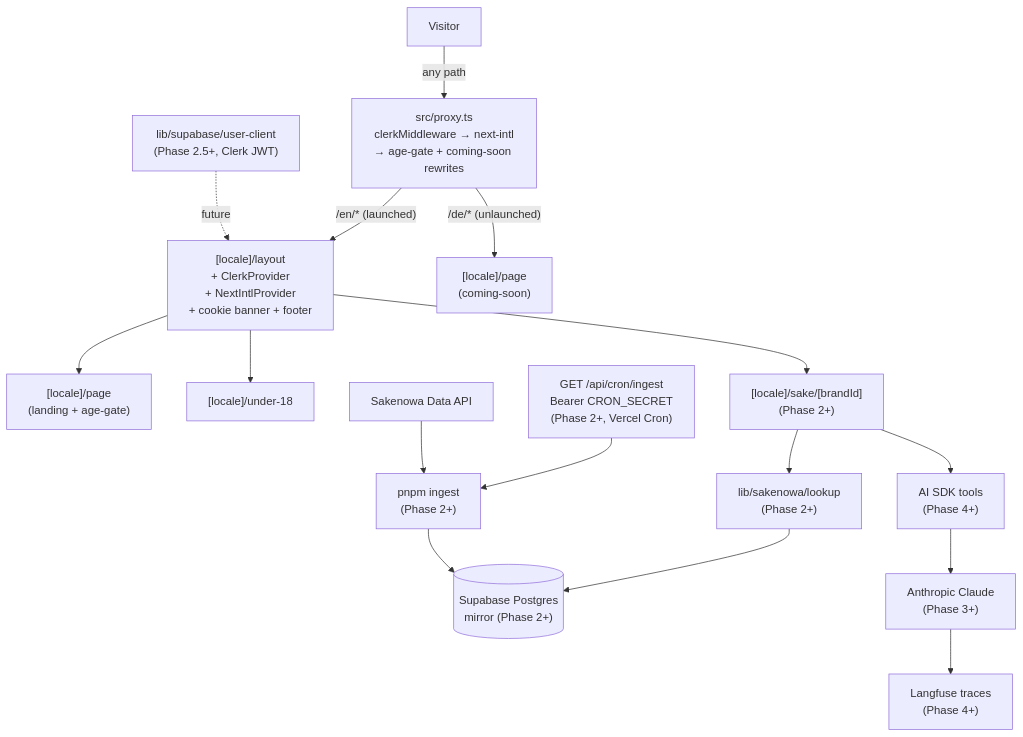
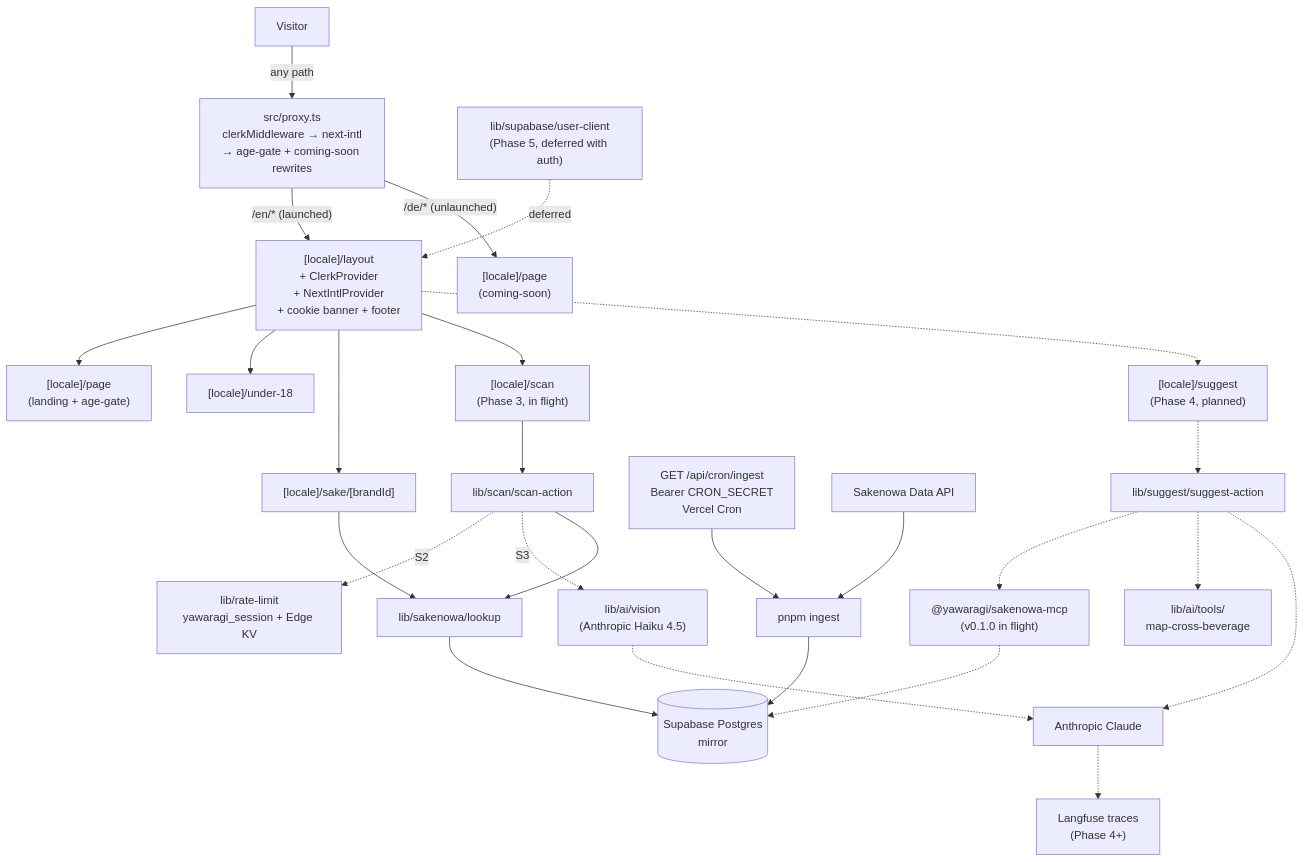
The diagram in README.md (yawaragi-dev/yawaragi), drawn with Mermaid before and after one commit. The commit also changed other lines of this file and 3 other files, not shown here.

First line of the commit message:
chore(readme): Phase 2 closeout — refresh architecture diagram + M3 reorder

````diff
--- a/README.md
+++ b/README.md
@@ -37,18 +37,28 @@
 ```mermaid
 flowchart TD
   V[Visitor] -->|"any path"| P["src/proxy.ts<br/>clerkMiddleware → next-intl<br/>→ age-gate + coming-soon rewrites"]
   P -->|"/en/* (launched)"| LL["[locale]/layout<br/>+ ClerkProvider<br/>+ NextIntlProvider<br/>+ cookie banner + footer"]
-  UC["lib/supabase/user-client<br/>(Phase 2.5+, Clerk JWT)"] -.->|"future"| LL
   P -->|"/de/* (unlaunched)"| CS["[locale]/page<br/>(coming-soon)"]
   LL --> Landing["[locale]/page<br/>(landing + age-gate)"]
   LL --> Under18["[locale]/under-18"]
-  LL --> Sake["[locale]/sake/[brandId]<br/>(Phase 2+)"]
-  Sake --> Lookup["lib/sakenowa/lookup<br/>(Phase 2+)"]
-  Lookup --> DB[("Supabase Postgres<br/>mirror (Phase 2+)")]
-  Ingest["pnpm ingest<br/>(Phase 2+)"] --> DB
-  CronRoute["GET /api/cron/ingest<br/>Bearer CRON_SECRET<br/>(Phase 2+, Vercel Cron)"] --> Ingest
+  LL --> Sake["[locale]/sake/[brandId]"]
+  LL --> Scan["[locale]/scan<br/>(Phase 3, in flight)"]
+  Scan --> ScanAction["lib/scan/scan-action"]
+  ScanAction -.->|"S2"| RateLimit["lib/rate-limit<br/>yawaragi_session + Edge KV"]
+  ScanAction -.->|"S3"| Vision["lib/ai/vision<br/>(Anthropic Haiku 4.5)"]
+  ScanAction --> Lookup
+  Sake --> Lookup["lib/sakenowa/lookup"]
+  Lookup --> DB[("Supabase Postgres<br/>mirror")]
+  Ingest["pnpm ingest"] --> DB
+  CronRoute["GET /api/cron/ingest<br/>Bearer CRON_SECRET<br/>Vercel Cron"] --> Ingest
   Sakenowa["Sakenowa Data API"] --> Ingest
-  Sake --> Tools["AI SDK tools<br/>(Phase 4+)"]
-  Tools --> Anthropic["Anthropic Claude<br/>(Phase 3+)"]
-  Anthropic --> Trace["Langfuse traces<br/>(Phase 4+)"]
+  LL -.-> Suggest["[locale]/suggest<br/>(Phase 4, planned)"]
+  Suggest -.-> SuggestAction["lib/suggest/suggest-action"]
+  SuggestAction -.-> MCP["@yawaragi/sakenowa-mcp<br/>(v0.1.0 in flight)"]
+  SuggestAction -.-> CrossBev["lib/ai/tools/<br/>map-cross-beverage"]
+  SuggestAction -.-> Anthropic
+  Vision -.-> Anthropic["Anthropic Claude"]
+  MCP -.-> DB
+  Anthropic -.-> Trace["Langfuse traces<br/>(Phase 4+)"]
+  UC["lib/supabase/user-client<br/>(Phase 5, deferred with auth)"] -.->|"deferred"| LL
 ```
````
